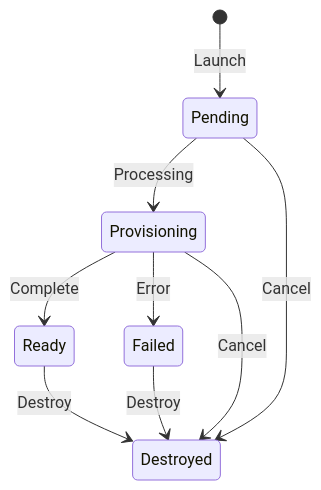
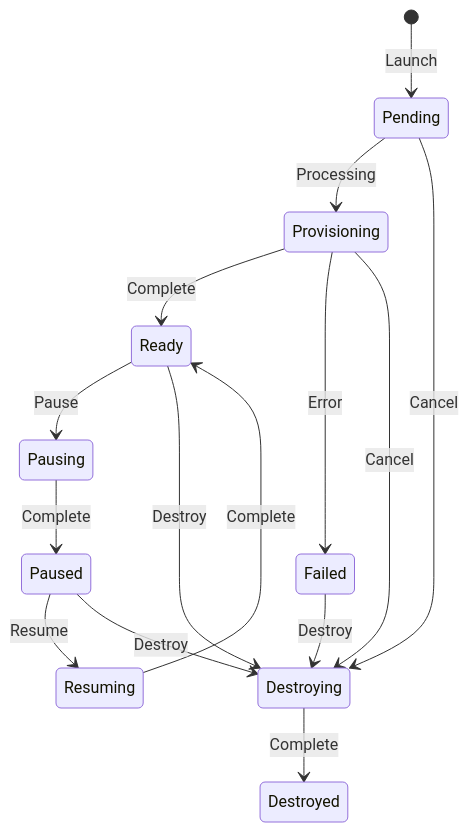
Before and after one commit to PaloAltoNetworks/shifter: the diagram in shifter/shifter_platform/documentation/docs/features/ranges.md, drawn with Mermaid. The commit also changed other lines of this file and 13 other files, not shown here.

````diff
--- a/shifter/shifter_platform/documentation/docs/features/ranges.md
+++ b/shifter/shifter_platform/documentation/docs/features/ranges.md
@@ -7,11 +7,17 @@
 ```mermaid
 stateDiagram-v2
     [*] --> Pending: Launch
     Pending --> Provisioning: Processing
     Provisioning --> Ready: Complete
     Provisioning --> Failed: Error
-    Ready --> Destroyed: Destroy
-    Pending --> Destroyed: Cancel
-    Provisioning --> Destroyed: Cancel
-    Failed --> Destroyed: Destroy
+    Ready --> Pausing: Pause
+    Pausing --> Paused: Complete
+    Paused --> Resuming: Resume
+    Resuming --> Ready: Complete
+    Ready --> Destroying: Destroy
+    Paused --> Destroying: Destroy
+    Pending --> Destroying: Cancel
+    Provisioning --> Destroying: Cancel
+    Failed --> Destroying: Destroy
+    Destroying --> Destroyed: Complete
 ```
````
